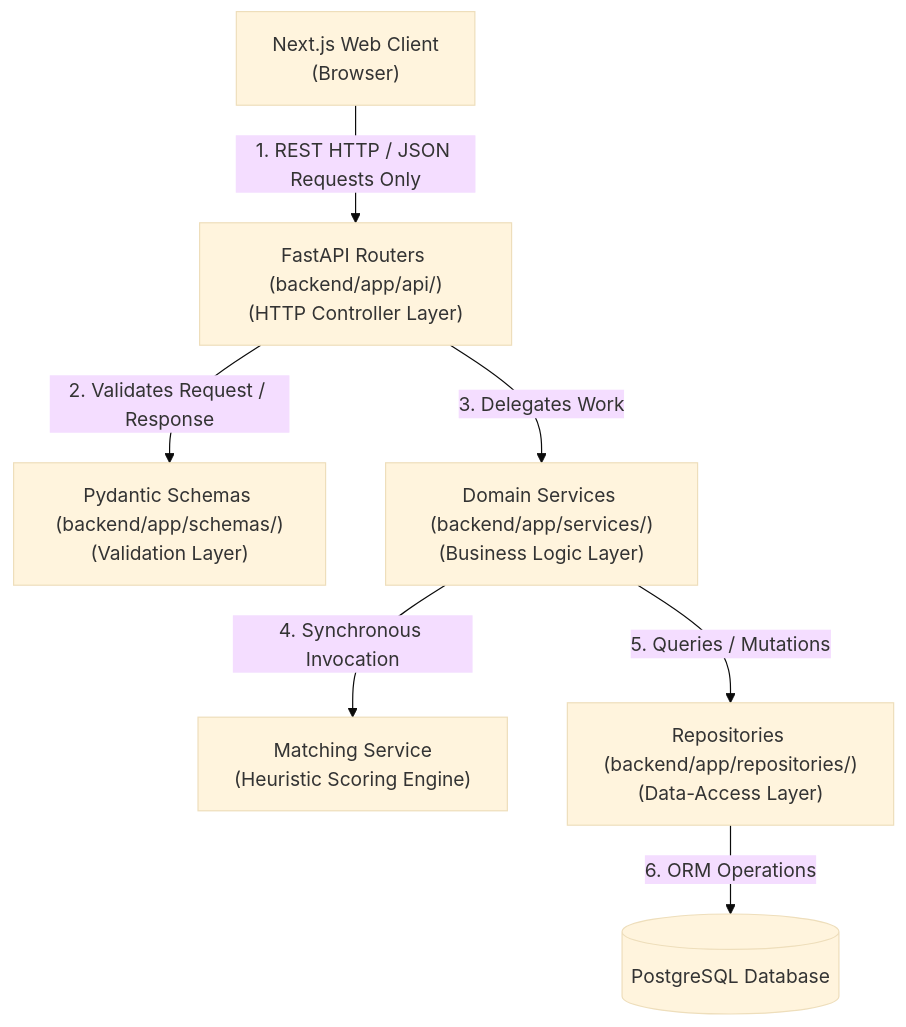
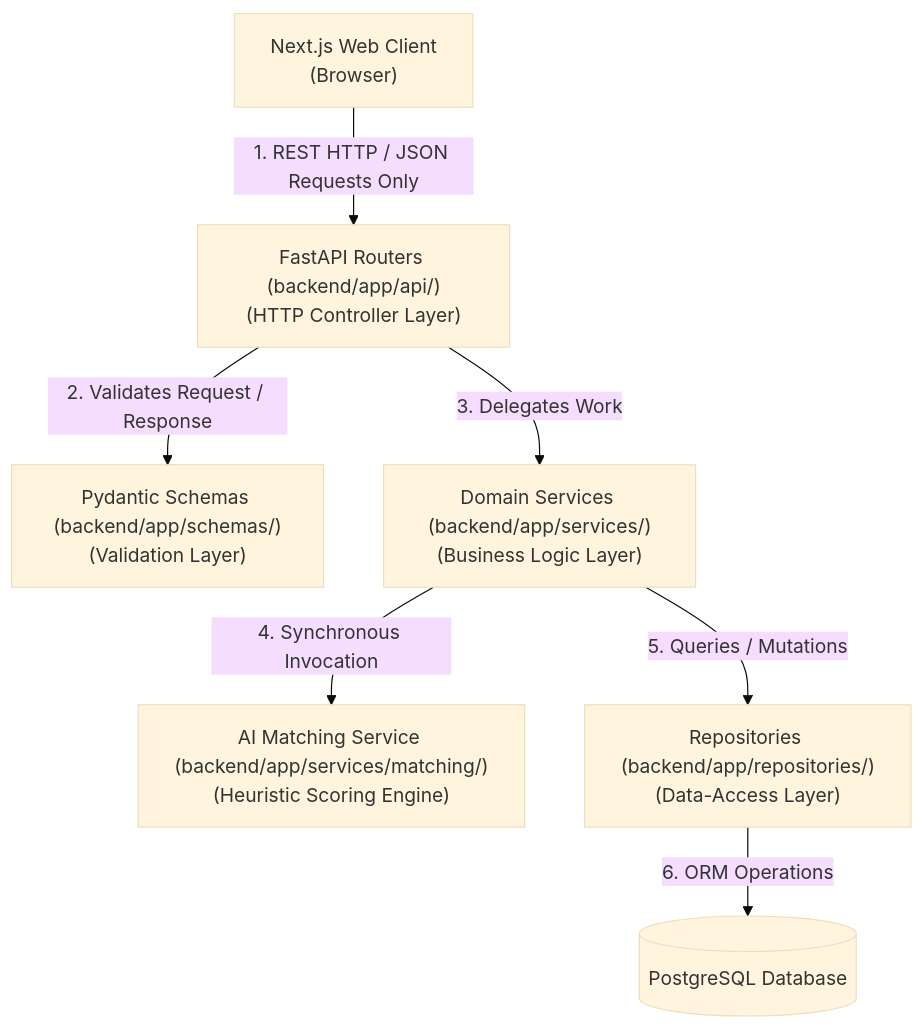
Before and after one commit to KShruti772/FoodSync-AI: the first of 2 diagrams in docs/DEVELOPMENT_GUIDE.md, drawn with Mermaid (base theme). The commit also changed other lines of this file and 10 other files, not shown here.

````diff
--- a/docs/DEVELOPMENT_GUIDE.md
+++ b/docs/DEVELOPMENT_GUIDE.md
@@ -141,9 +143,9 @@
 ```mermaid
 flowchart TD
     Client["Next.js Web Client\n(Browser)"] -->|1. REST HTTP / JSON Requests Only| Router["FastAPI Routers (backend/app/api/)\n(HTTP Controller Layer)"]
     Router -->|2. Validates Request / Response| Schema["Pydantic Schemas (backend/app/schemas/)\n(Validation Layer)"]
     Router -->|3. Delegates Work| Service["Domain Services (backend/app/services/)\n(Business Logic Layer)"]
-    Service -->|4. Synchronous Invocation| Matching["Matching Service\n(Heuristic Scoring Engine)"]
+    Service -->|4. Synchronous Invocation| Matching["AI Matching Service (backend/app/services/matching/)\n(Heuristic Scoring Engine)"]
     Service -->|5. Queries / Mutations| Repo["Repositories (backend/app/repositories/)\n(Data-Access Layer)"]
     Repo -->|6. ORM Operations| DB[(PostgreSQL Database)]
 ```
````
